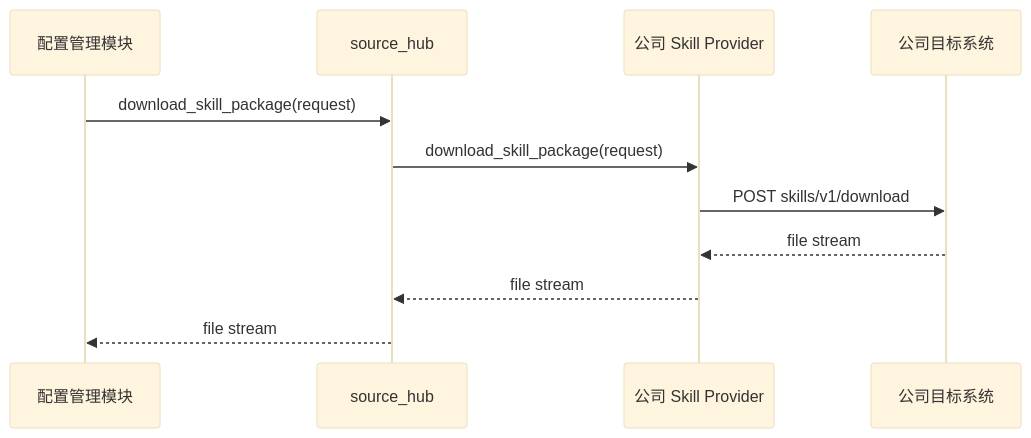
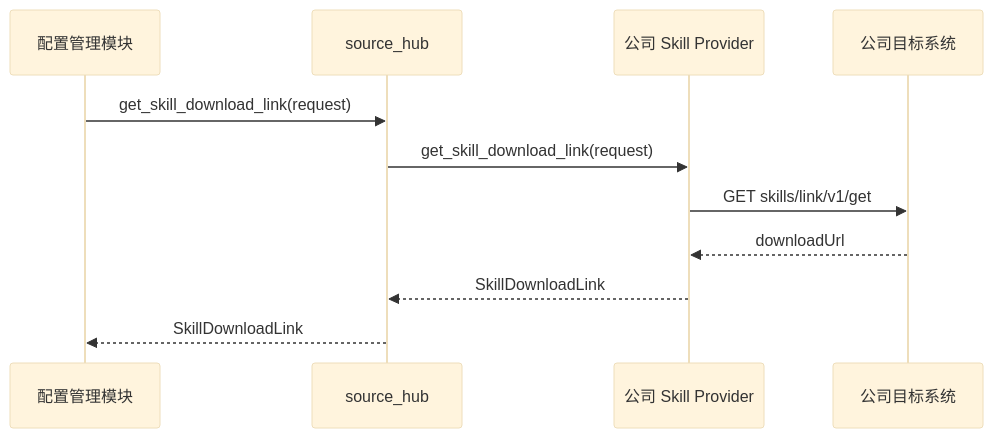
Before and after one commit to zhuyuloveai/chrys-scaffolding: the fourth of 7 diagrams in docs/design/source_hub模块设计.md, drawn with Mermaid (base theme). The commit also changed other lines of this file and 1 other file, not shown here.

````diff
--- a/docs/design/source_hub模块设计.md
+++ b/docs/design/source_hub模块设计.md
@@ -352,14 +375,14 @@
 ```mermaid
 sequenceDiagram
     participant Caller as 配置管理模块
     participant Hub as source_hub
     participant Provider as 公司 Skill Provider
     participant Upstream as 公司目标系统
 
-    Caller->>Hub: download_skill_package(request)
-    Hub->>Provider: download_skill_package(request)
-    Provider->>Upstream: POST skills/v1/download
-    Upstream-->>Provider: file stream
-    Provider-->>Hub: file stream
-    Hub-->>Caller: file stream
+    Caller->>Hub: get_skill_download_link(request)
+    Hub->>Provider: get_skill_download_link(request)
+    Provider->>Upstream: GET skills/link/v1/get
+    Upstream-->>Provider: downloadUrl
+    Provider-->>Hub: SkillDownloadLink
+    Hub-->>Caller: SkillDownloadLink
 ```
````
